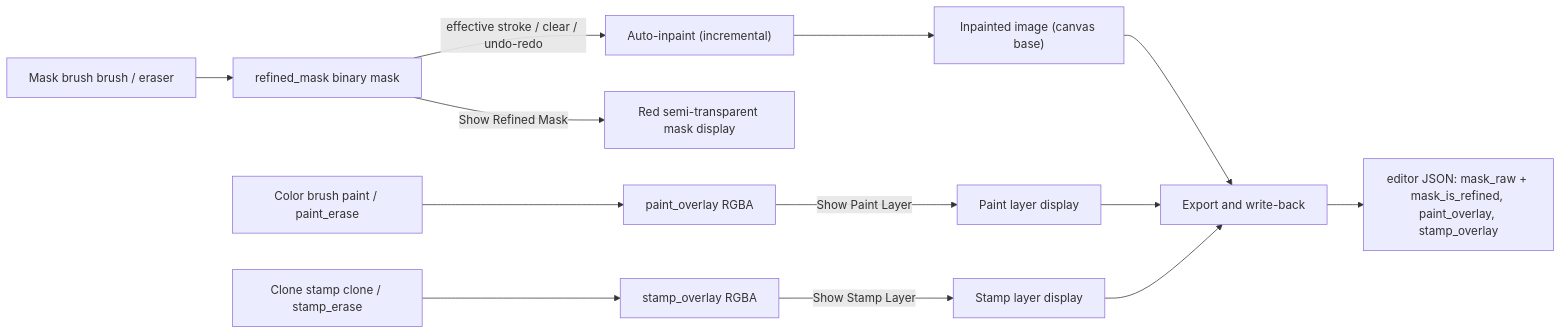
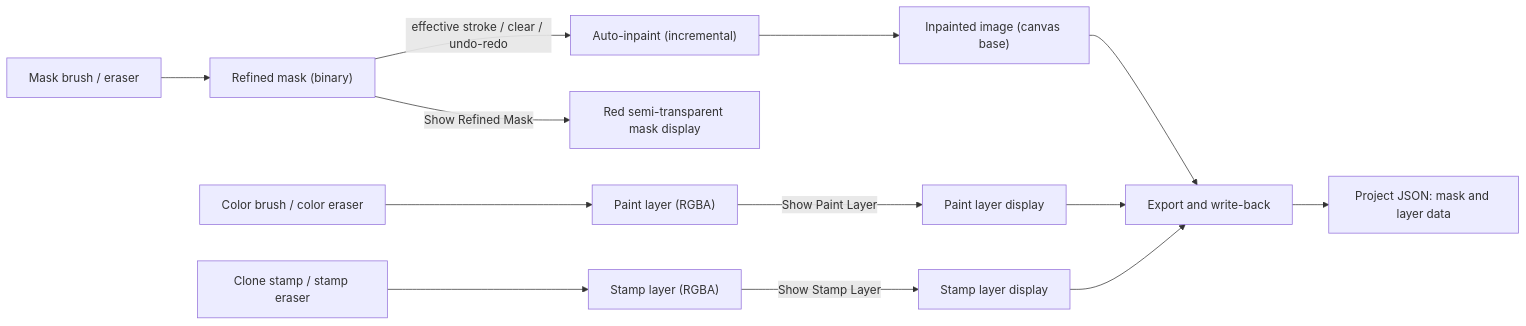
Before and after one commit to hgmzhn/manga-translator-ui: the first of 2 diagrams in doc/wiki/en/desktop/editor/mask-paint-and-clone-stamp.md, drawn with Mermaid. The commit also changed other lines of this file and 252 other files, not shown here.

````diff
--- a/doc/wiki/en/desktop/editor/mask-paint-and-clone-stamp.md
+++ b/doc/wiki/en/desktop/editor/mask-paint-and-clone-stamp.md
@@ -82,15 +54,15 @@
 ```mermaid
 flowchart LR
-    B["Mask brush brush / eraser"] --> M["refined_mask binary mask"]
-    P["Color brush paint / paint_erase"] --> O["paint_overlay RGBA"]
-    C["Clone stamp clone / stamp_erase"] --> S["stamp_overlay RGBA"]
+    B["Mask brush / eraser"] --> M["Refined mask (binary)"]
+    P["Color brush / color eraser"] --> O["Paint layer (RGBA)"]
+    C["Clone stamp / stamp eraser"] --> S["Stamp layer (RGBA)"]
     M -->|"effective stroke / clear / undo-redo"| I["Auto-inpaint (incremental)"]
     M -->|"Show Refined Mask"| DM["Red semi-transparent mask display"]
     I --> V["Inpainted image (canvas base)"]
     O -->|"Show Paint Layer"| DO["Paint layer display"]
     S -->|"Show Stamp Layer"| DS["Stamp layer display"]
     V --> E["Export and write-back"]
     DO --> E
     DS --> E
-    E --> J["editor JSON: mask_raw + mask_is_refined, paint_overlay, stamp_overlay"]
+    E --> J["Project JSON: mask and layer data"]
 ```
````
